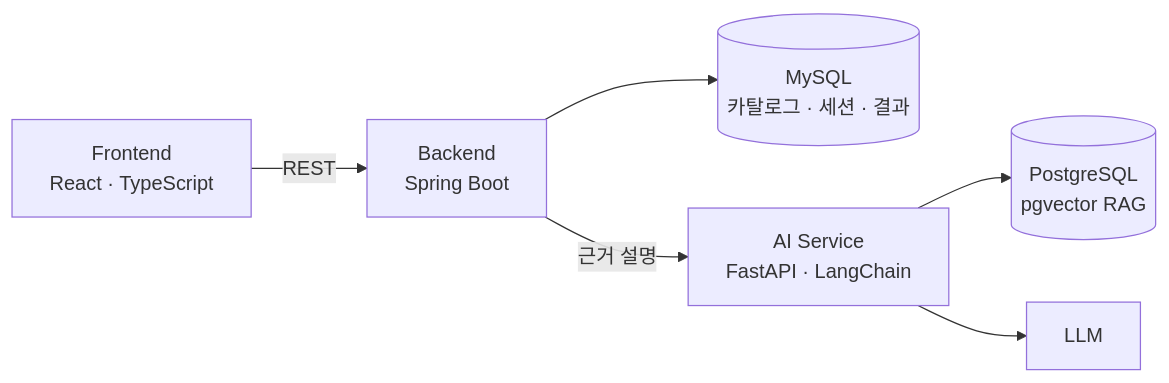
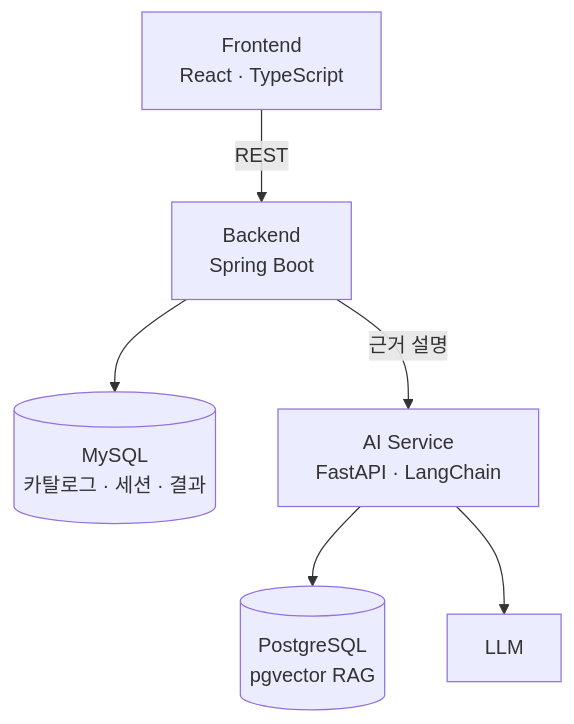
Before and after one commit to JinroOn/.github: the second of 2 diagrams in profile/README.md, drawn with Mermaid.

Commit message:
docs: 시스템 구성 다이어그램을 세로 배치로 변경

````diff
--- a/profile/README.md
+++ b/profile/README.md
@@ -103,8 +103,8 @@
 ```mermaid
-flowchart LR
+flowchart TB
     FE["Frontend<br/>React · TypeScript"] -- "REST" --> BE["Backend<br/>Spring Boot"]
     BE --> DB[("MySQL<br/>카탈로그 · 세션 · 결과")]
     BE -- "근거 설명" --> AI["AI Service<br/>FastAPI · LangChain"]
     AI --> VDB[("PostgreSQL<br/>pgvector RAG")]
     AI --> LLM["LLM"]
 ```
````
